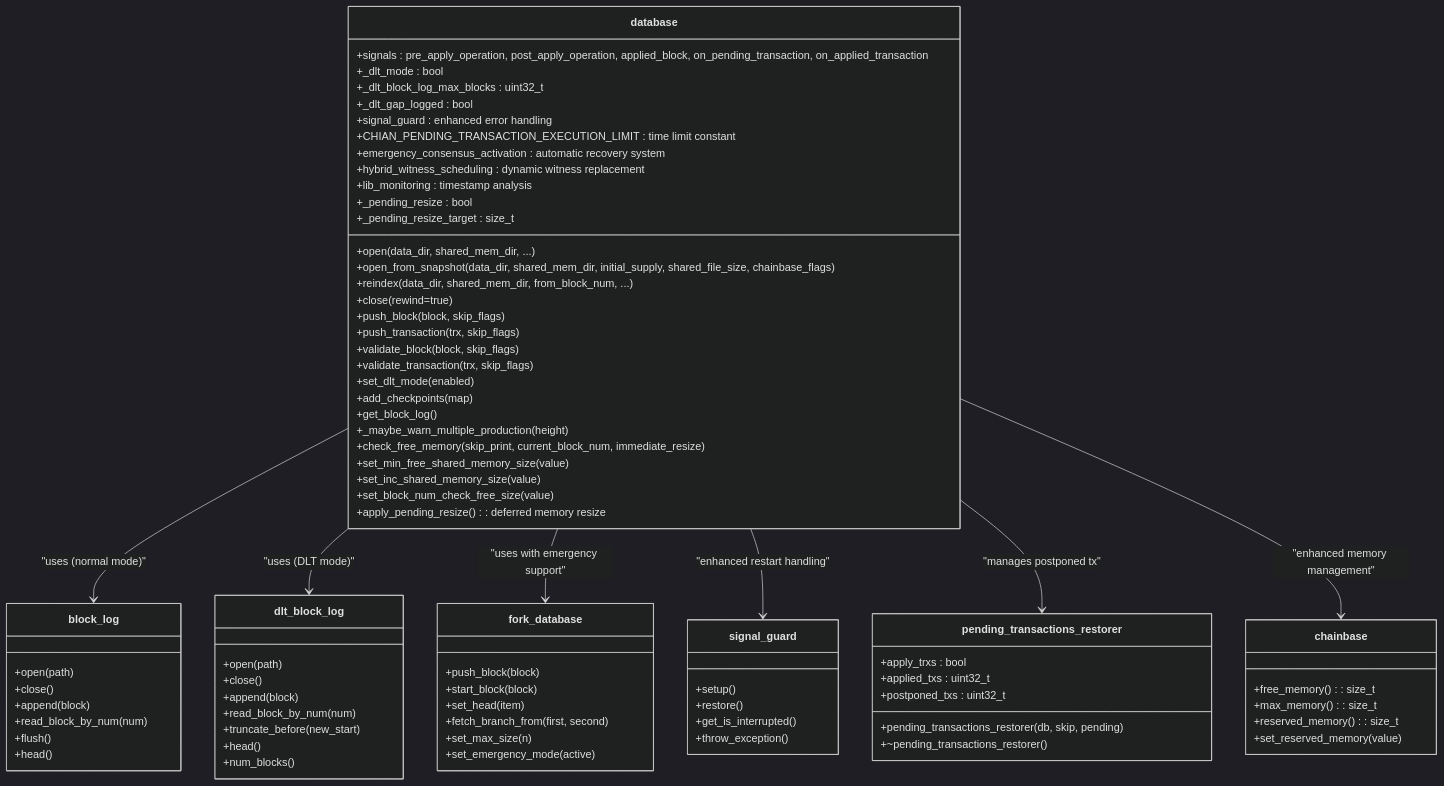
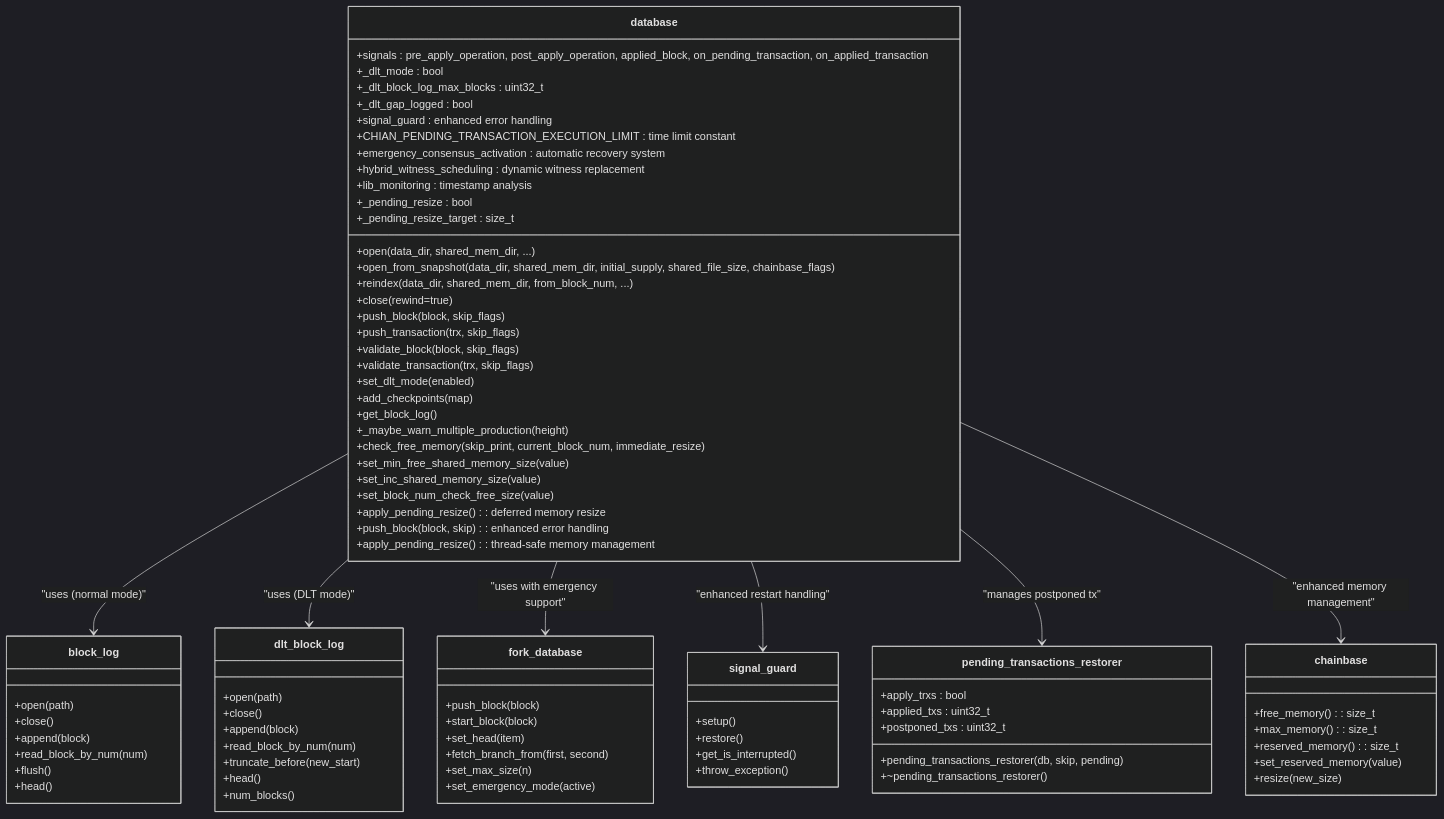
Before and after one commit to VIZ-Blockchain/viz-cpp-node: the second of 22 diagrams in .qoder/repowiki/en/content/Architecture Overview/Core Libraries/Chain Library/Database Management/Database Management.md, drawn with Mermaid (dark theme). The commit also changed other lines of this file and 6 other files, not shown here.

```diff
--- a/.qoder/repowiki/en/content/Architecture Overview/Core Libraries/Chain Library/Database Management/Database Management.md
+++ b/.qoder/repowiki/en/content/Architecture Overview/Core Libraries/Chain Library/Database Management/Database Management.md
@@ -208,6 +231,8 @@
 +apply_pending_resize() : deferred memory resize
 +_pending_resize : bool
 +_pending_resize_target : size_t
++push_block(block, skip) : enhanced error handling
++apply_pending_resize() : thread-safe memory management
 }
 class block_log {
 +open(path)
@@ -252,6 +277,7 @@
 +max_memory() : size_t
 +reserved_memory() : size_t
 +set_reserved_memory(value)
++resize(new_size)
 }
 database --> block_log : "uses (normal mode)"
 database --> dlt_block_log : "uses (DLT mode)"
```
